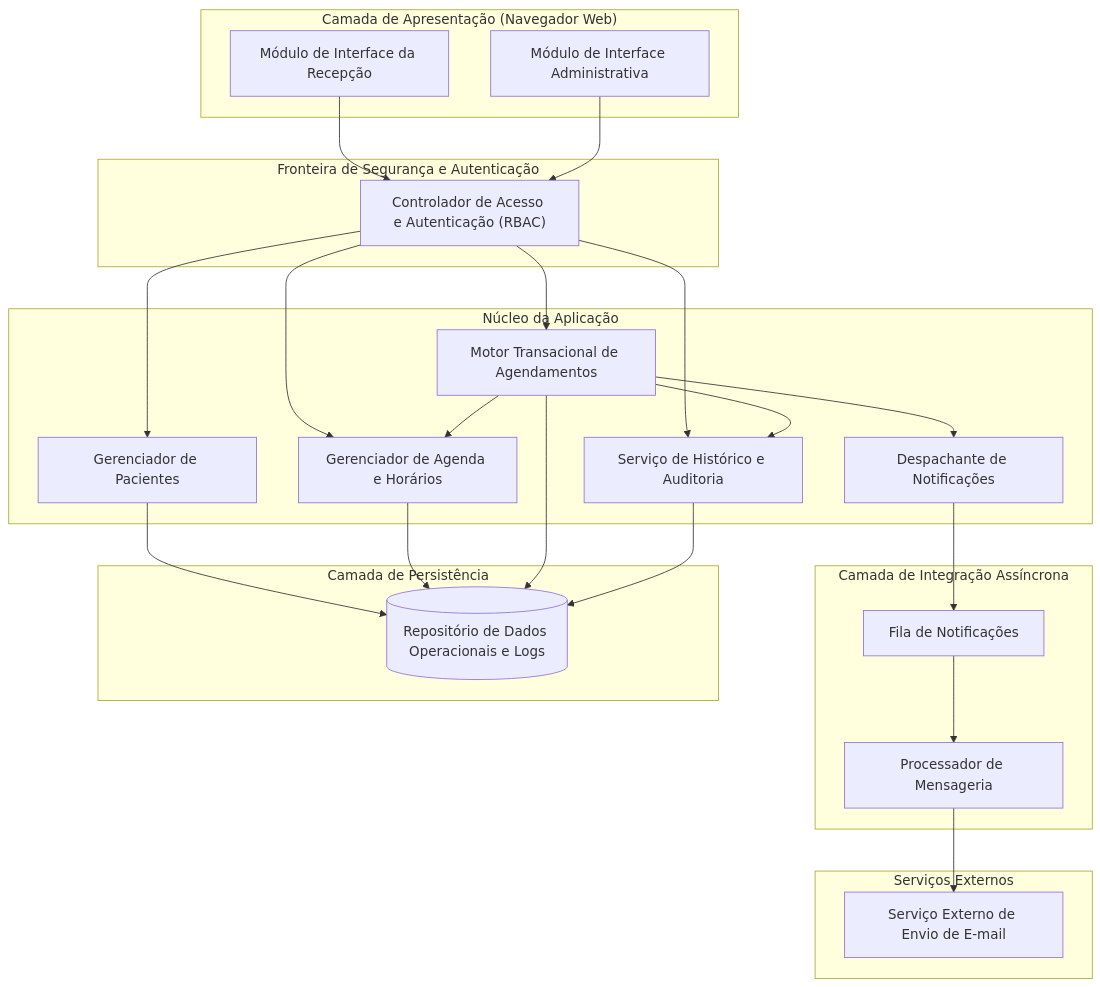
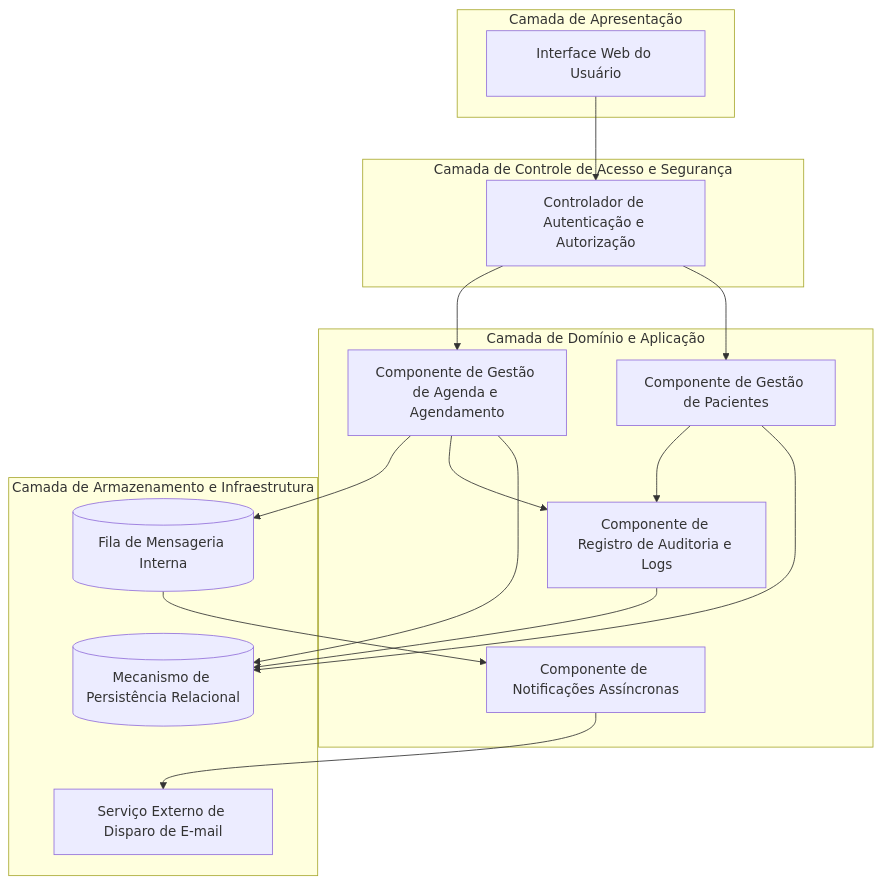
One commit to PDC-ESIA/AI4ES changed the first of 3 diagrams in docs/Time_2_Design/analise-qualitativa/outputs/relatorio_gemini_3_7_flash_P02.md. Above: the diagram before and after it, drawn with Mermaid. The commit also changed other lines of this file and 107 other files, not shown here.

````diff
--- a/docs/Time_2_Design/analise-qualitativa/outputs/relatorio_gemini_3_7_flash_P02.md
+++ b/docs/Time_2_Design/analise-qualitativa/outputs/relatorio_gemini_3_7_flash_P02.md
@@ -25,52 +29,38 @@
 ```mermaid
-flowchart TB
-    subgraph Client_Layer ["Camada de Apresentação (Navegador Web)"]
-        UI_Recepcionista["Módulo de Interface da Recepção"]
-        UI_Admin["Módulo de Interface Administrativa"]
+graph TD
+    subgraph Camada_Apresentacao [Camada de Apresentação]
+        UI_Web[Interface Web do Usuário]
     end
 
-    subgraph Security_Boundary ["Fronteira de Segurança e Autenticação"]
-        Auth_Gateway["Controlador de Acesso e Autenticação (RBAC)"]
+    subgraph Camada_Seguranca [Camada de Controle de Acesso e Segurança]
+        Auth_Filter[Controlador de Autenticação e Autorização]
     end
 
-    subgraph Application_Core ["Núcleo da Aplicação"]
-        Patient_Manager["Gerenciador de Pacientes"]
-        Schedule_Manager["Gerenciador de Agenda e Horários"]
-        Appointment_Engine["Motor Transacional de Agendamentos"]
-        History_Auditor["Serviço de Histórico e Auditoria"]
-        Notification_Dispatcher["Despachante de Notificações"]
+    subgraph Camada_Aplicacao [Camada de Domínio e Aplicação]
+        Gestor_Pacientes[Componente de Gestão de Pacientes]
+        Gestor_Agenda[Componente de Gestão de Agenda e Agendamento]
+        Gestor_Auditoria[Componente de Registro de Auditoria e Logs]
+        Motor_Notificacoes[Componente de Notificações Assíncronas]
     end
 
-    subgraph Messaging_Layer ["Camada de Integração Assíncrona"]
-        Notification_Queue["Fila de Notificações"]
-        Notification_Worker["Processador de Mensageria"]
+    subgraph Camada_Persistencia [Camada de Armazenamento e Infraestrutura]
+        Repositorio_Dados[(Mecanismo de Persistência Relacional)]
+        Fila_Notificacoes[(Fila de Mensageria Interna)]
+        Provedor_Email[Serviço Externo de Disparo de E-mail]
     end
 
-    subgraph External_Services ["Serviços Externos"]
-        Mail_Provider["Serviço Externo de Envio de E-mail"]
-    end
-
-    subgraph Data_Storage ["Camada de Persistência"]
-        App_Database[("Repositório de Dados Operacionais e Logs")]
-    end
-
-    UI_Recepcionista --> Auth_Gateway
-    UI_Admin --> Auth_Gateway
-
-    Auth_Gateway --> Patient_Manager
-    Auth_Gateway --> Schedule_Manager
-    Auth_Gateway --> Appointment_Engine
-    Auth_Gateway --> History_Auditor
-
-    Patient_Manager --> App_Database
-    Schedule_Manager --> App_Database
-    Appointment_Engine --> Schedule_Manager
-    Appointment_Engine --> History_Auditor
-    Appointment_Engine --> Notification_Dispatcher
-    Appointment_Engine --> App_Database
-    History_Auditor --> App_Database
-
-    Notification_Dispatcher --> Notification_Queue
-    Notification_Queue --> Notification_Worker
-    Notification_Worker --> Mail_Provider
+    UI_Web --> Auth_Filter
+    Auth_Filter --> Gestor_Pacientes
+    Auth_Filter --> Gestor_Agenda
+    
+    Gestor_Pacientes --> Repositorio_Dados
+    Gestor_Pacientes --> Gestor_Auditoria
+    
+    Gestor_Agenda --> Repositorio_Dados
+    Gestor_Agenda --> Gestor_Auditoria
+    Gestor_Agenda --> Fila_Notificacoes
+    
+    Gestor_Auditoria --> Repositorio_Dados
+    Fila_Notificacoes --> Motor_Notificacoes
+    Motor_Notificacoes --> Provedor_Email
 ```
````
